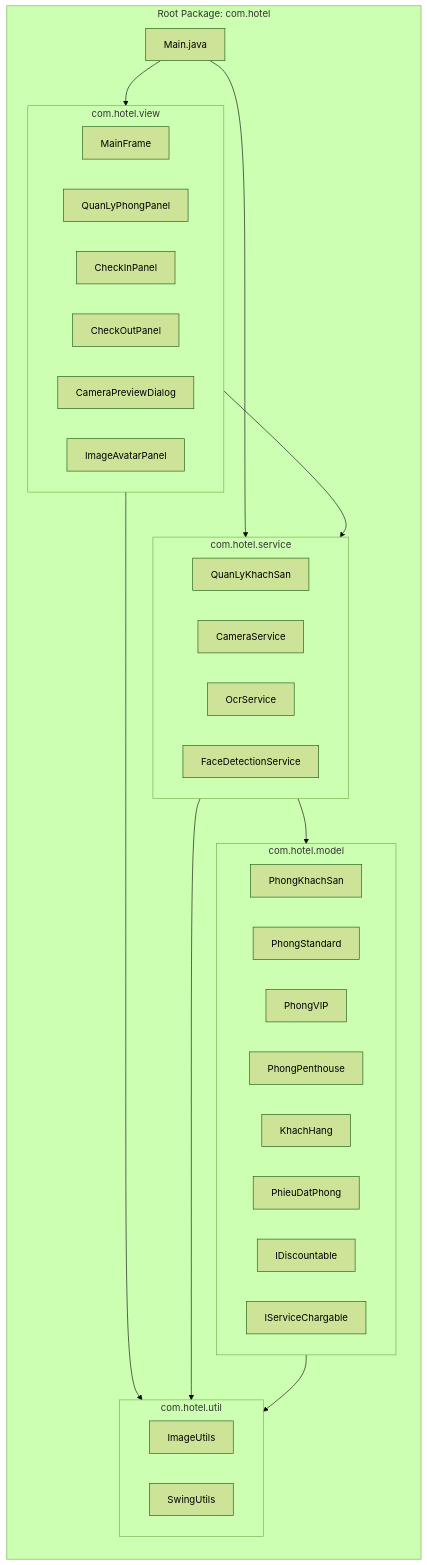
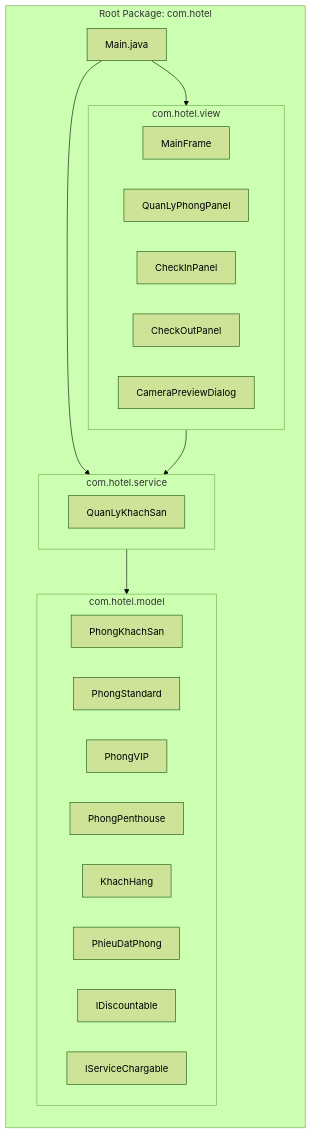
The diagram in docs/diagrams/package_diagram.mmd (NNTTuan/HotelBookingSystem), drawn with Mermaid (forest theme) before and after one commit. The commit also changed 9 other files, not shown here.

```diff
--- a/docs/diagrams/package_diagram.mmd
+++ b/docs/diagrams/package_diagram.mmd
@@ -1,45 +1,33 @@
 graph TD
     subgraph com.hotel [Root Package: com.hotel]
         direction TB
         Main[Main.java]
 
         subgraph model [com.hotel.model]
             PKS[PhongKhachSan]
             STD[PhongStandard]
             VIP[PhongVIP]
             PNT[PhongPenthouse]
             KH[KhachHang]
             PDP[PhieuDatPhong]
             IDisc[IDiscountable]
             IServ[IServiceChargable]
         end
 
         subgraph service [com.hotel.service]
             QLKS[QuanLyKhachSan]
-            CamSvc[CameraService]
-            OcrSvc[OcrService]
-            FaceSvc[FaceDetectionService]
         end
 
         subgraph view [com.hotel.view]
             MF[MainFrame]
             QLP[QuanLyPhongPanel]
             CIP[CheckInPanel]
             COP[CheckOutPanel]
             CamDlg[CameraPreviewDialog]
-            Avatar[ImageAvatarPanel]
-        end
-
-        subgraph util [com.hotel.util]
-            ImgUtil[ImageUtils]
-            SwingUtil[SwingUtils]
         end
     end
 
     Main --> view
     Main --> service
     view --> service
-    view --> util
     service --> model
-    service --> util
-    model --> util
```
